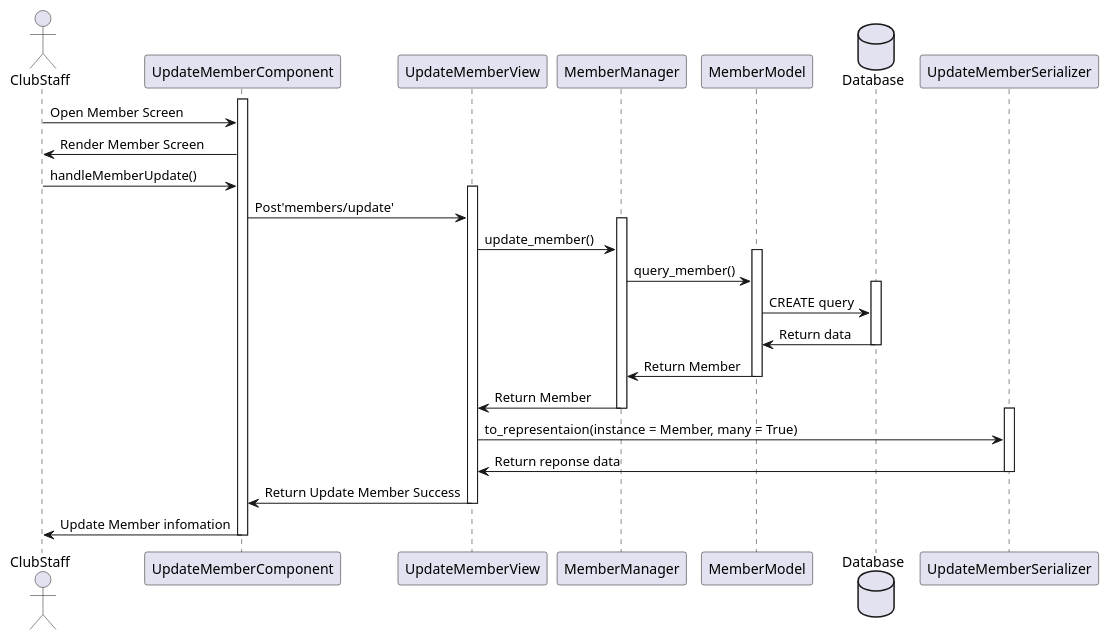
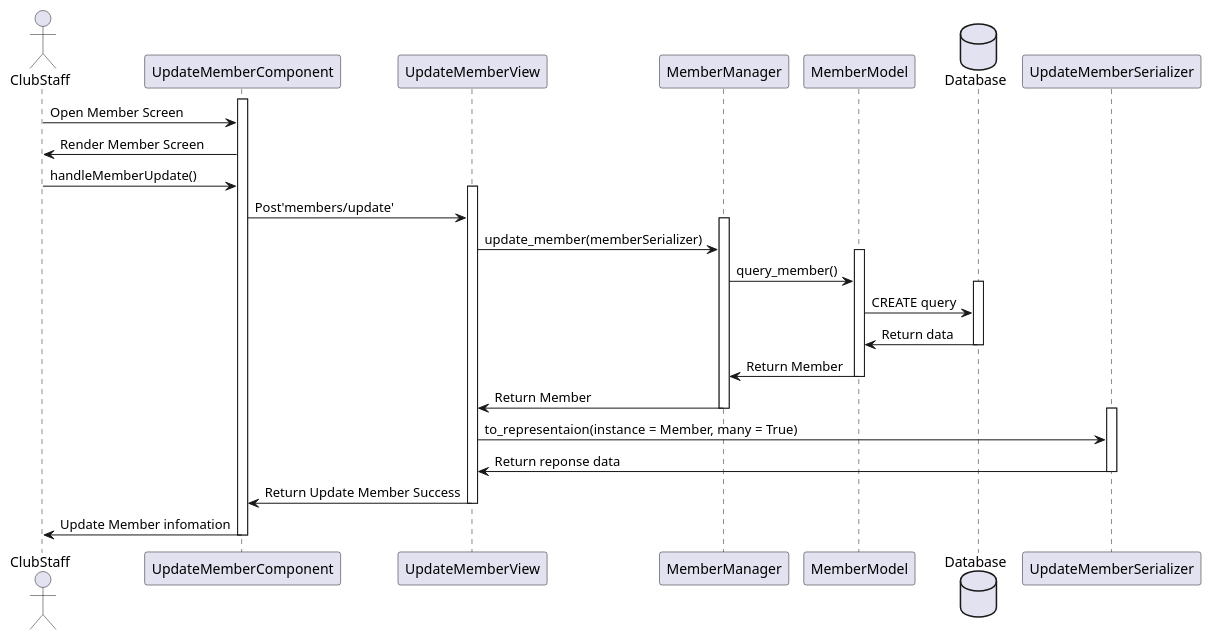
Before and after one commit to ljttl3q04t/Book-Over-There: the diagram in uml/024-sequence-update-member.wsd, drawn with PlantUML. The commit also changed 3 other files, not shown here.

Commit message:
update sequence

```diff
--- a/uml/024-sequence-update-member.wsd
+++ b/uml/024-sequence-update-member.wsd
@@ -1,30 +1,30 @@
 @startuml
 actor ClubStaff
 activate UpdateMemberComponent
 ClubStaff -> UpdateMemberComponent: Open Member Screen
 UpdateMemberComponent -> ClubStaff: Render Member Screen
 ClubStaff -> UpdateMemberComponent: handleMemberUpdate()
 activate UpdateMemberView
 UpdateMemberComponent -> UpdateMemberView:Post'members/update'
 activate MemberManager
-UpdateMemberView -> MemberManager: update_member()
+UpdateMemberView -> MemberManager: update_member(memberSerializer)
 activate MemberModel
 MemberManager -> MemberModel: query_member()
 database Database
 activate Database
 MemberModel -> Database: CREATE query
 Database -> MemberModel: Return data
 deactivate Database
 MemberModel -> MemberManager: Return Member
 deactivate MemberModel
 MemberManager -> UpdateMemberView: Return Member
 deactivate MemberManager
 activate UpdateMemberSerializer
 UpdateMemberView -> UpdateMemberSerializer: to_representaion(instance = Member, many = True)
 UpdateMemberSerializer -> UpdateMemberView: Return reponse data
 deactivate UpdateMemberSerializer
 UpdateMemberView -> UpdateMemberComponent: Return Update Member Success
 deactivate UpdateMemberView
 UpdateMemberComponent -> ClubStaff: Update Member infomation
 deactivate UpdateMemberComponent
 @enduml
```
